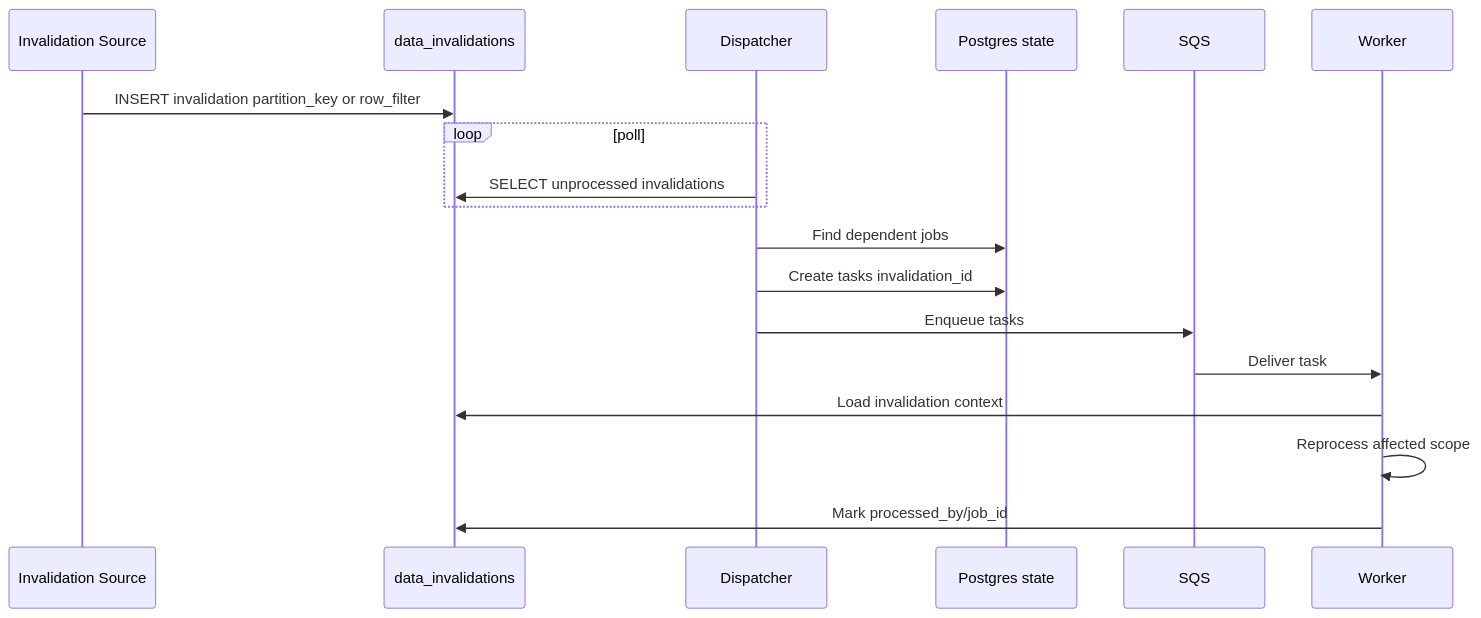
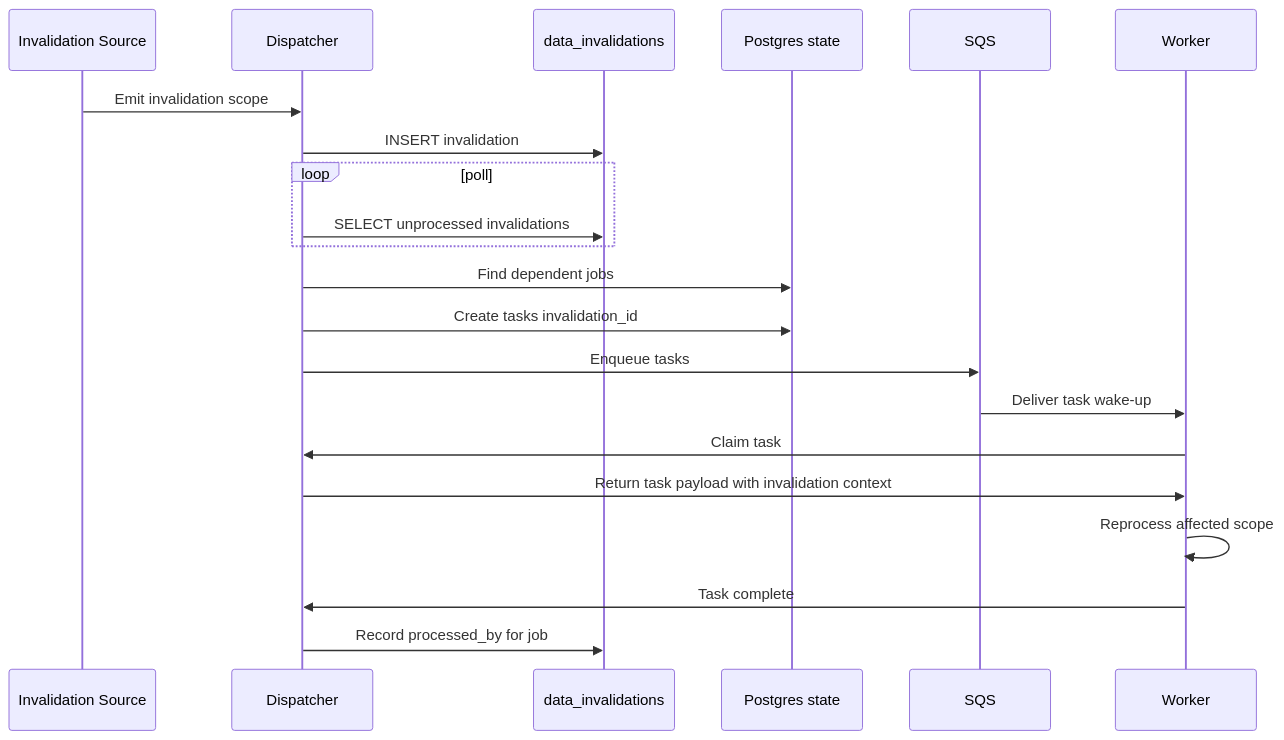
The second of 2 diagrams in docs/architecture/data_versioning.md (c7121/trace), drawn with Mermaid before and after one commit. The commit also changed other lines of this file and 23 other files, not shown here.

````diff
--- a/docs/architecture/data_versioning.md
+++ b/docs/architecture/data_versioning.md
@@ -240,21 +240,25 @@
 ```mermaid
 sequenceDiagram
     participant S as Invalidation Source
+    participant D as Dispatcher
     participant INV as data_invalidations
-    participant D as Dispatcher
     participant PG as Postgres state
     participant Q as SQS
     participant W as Worker
 
-    S->>INV: INSERT invalidation partition_key or row_filter
+    S->>D: Emit invalidation scope
+    D->>INV: INSERT invalidation
     loop poll
         D->>INV: SELECT unprocessed invalidations
     end
     D->>PG: Find dependent jobs
     D->>PG: Create tasks invalidation_id
     D->>Q: Enqueue tasks
-    Q->>W: Deliver task
-    W->>INV: Load invalidation context
+    Q->>W: Deliver task wake-up
+    W->>D: Claim task
+    D->>W: Return task payload with invalidation context
     W->>W: Reprocess affected scope
-    W->>INV: Mark processed_by/job_id
+    W->>D: Task complete
+    D->>INV: Record processed_by for job
+
 ```
````
